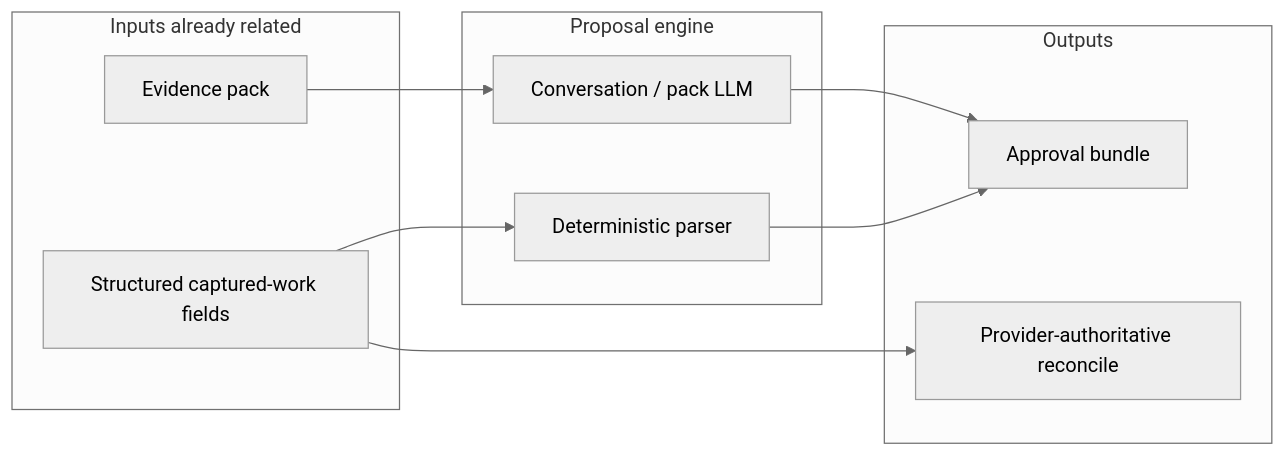
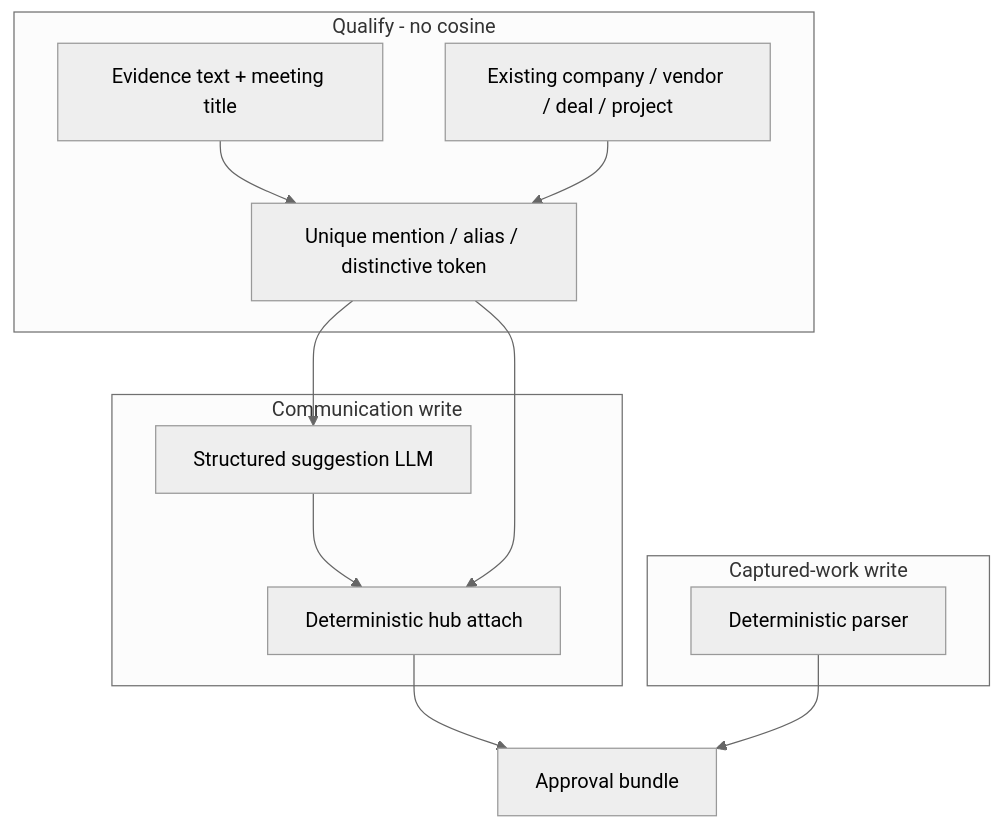
Before and after one commit to timborovkov/the-timeline-ai: the sixth of 7 diagrams in docs/relational-memory.md, drawn with Mermaid (neutral theme). The commit also changed other lines of this file and 5 other files, not shown here.

First line of the commit message:
docs: make Layer 6 the proposal-engine write contract

````diff
--- a/docs/relational-memory.md
+++ b/docs/relational-memory.md
@@ -417,21 +423,25 @@
 ```mermaid
-flowchart LR
-  subgraph inputs [Inputs already related]
-    Pack[Evidence pack]
-    Structured[Structured captured-work fields]
+flowchart TB
+  subgraph qualify [Qualify - no cosine]
+    Evidence[Evidence text + meeting title]
+    Hubs[Existing company / vendor / deal / project]
+    Unique[Unique mention / alias / distinctive token]
+    Evidence --> Unique
+    Hubs --> Unique
   end
 
-  subgraph engine [Proposal engine]
-    LLM[Conversation / pack LLM]
+  subgraph comm [Communication write]
+    LLM[Structured suggestion LLM]
+    Attach[Deterministic hub attach]
+    LLM --> Attach
+  end
+
+  subgraph work [Captured-work write]
     Parser[Deterministic parser]
   end
 
-  subgraph outputs [Outputs]
-    Bundle[Approval bundle]
-    Authority[Provider-authoritative reconcile]
-  end
-
-  Pack --> LLM --> Bundle
-  Structured --> Parser --> Bundle
-  Structured --> Authority
+  Unique --> LLM
+  Unique --> Attach
+  Attach --> Bundle[Approval bundle]
+  Parser --> Bundle
 ```
````
